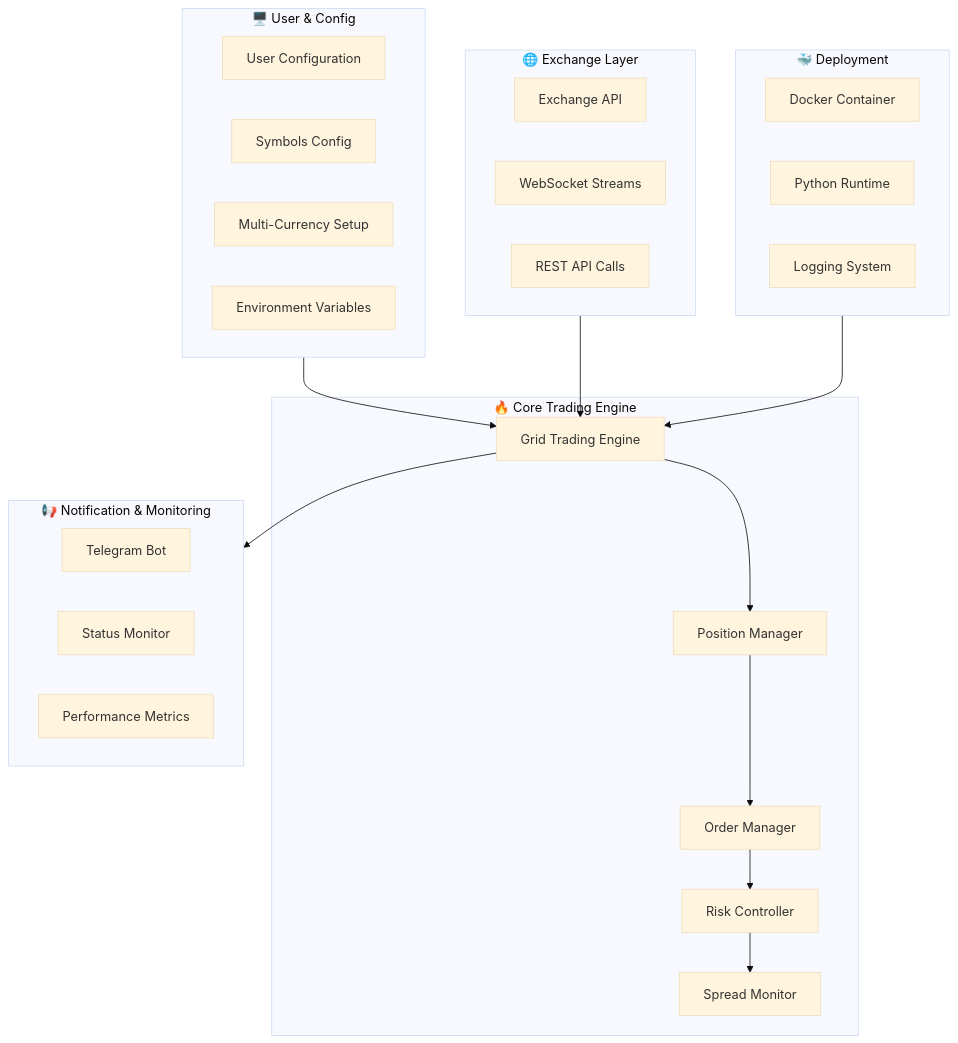
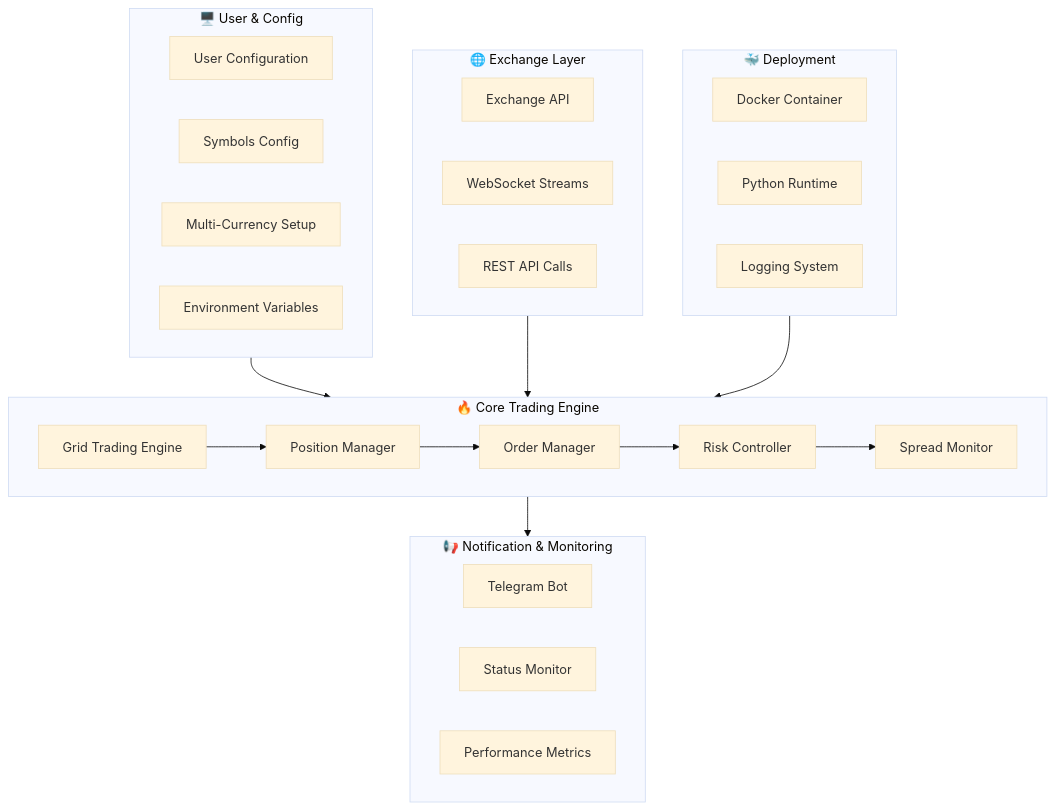
Before and after one commit to aoooeg/AS-Grid: the first of 4 diagrams in README.md, drawn with Mermaid (base theme). The commit also changed other lines of this file, not shown here.

Commit message:
Fix Mermaid diagram connections for better readability

````diff
--- a/README.md
+++ b/README.md
@@ -61,42 +61,42 @@
 ```mermaid
 flowchart TB
     subgraph UI["🖥️ User & Config"]
         A[User Configuration]
         B[Symbols Config]
         C[Multi-Currency Setup]
         D[Environment Variables]
     end
 
     subgraph Core["🔥 Core Trading Engine"]
         E[Grid Trading Engine]
         F[Position Manager]
         G[Order Manager]
         H[Risk Controller]
         I[Spread Monitor]
     end
 
     subgraph Exchange["🌐 Exchange Layer"]
         J[Exchange API]
         K[WebSocket Streams]
         L[REST API Calls]
     end
 
     subgraph Notify["📢 Notification & Monitoring"]
         M[Telegram Bot]
         N[Status Monitor]
         O[Performance Metrics]
     end
 
     subgraph Deploy["🐳 Deployment"]
         P[Docker Container]
         Q[Python Runtime]
         R[Logging System]
     end
 
     %% Connections
-    UI --> E
-    Exchange --> E
+    UI --> Core
+    Exchange --> Core
     E --> F --> G --> H --> I
-    E --> Notify
-    Deploy --> E
+    Core --> Notify
+    Deploy --> Core
 ```
````
